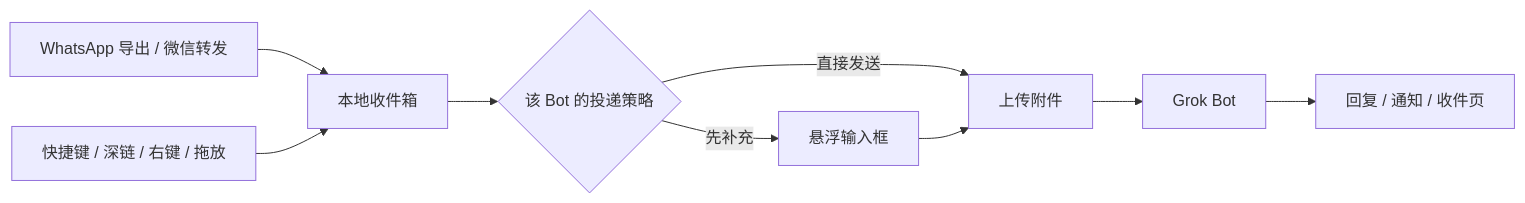
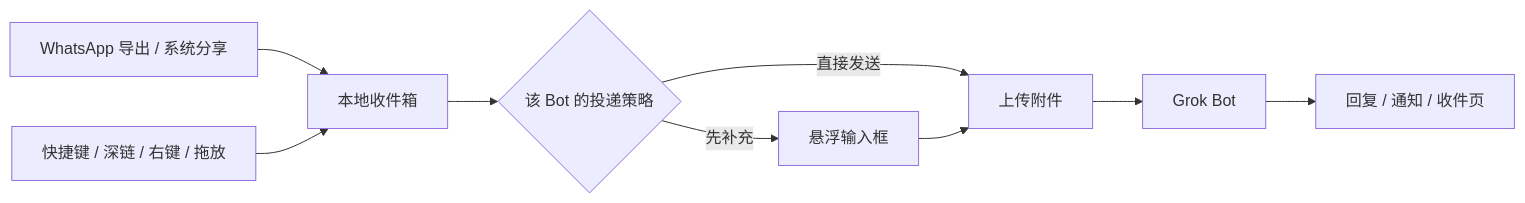
One commit to shzharris/grok-bot-whatsapp changed the diagram in README.md. Above: the diagram before and after it, drawn with Mermaid. The commit also changed other lines of this file and 27 other files, not shown here.

````diff
--- a/README.md
+++ b/README.md
@@ -168,11 +168,11 @@
 ```mermaid
 flowchart LR
-  W[WhatsApp 导出 / 微信转发] --> I[本地收件箱]
+  W[WhatsApp 导出 / 系统分享] --> I[本地收件箱]
   S[快捷键 / 深链 / 右键 / 拖放] --> I
   I --> P{该 Bot 的投递策略}
   P -->|直接发送| U[上传附件]
   P -->|先补充| C[悬浮输入框]
   C --> U
   U --> B[Grok Bot]
   B --> R[回复 / 通知 / 收件页]
 ```
````
